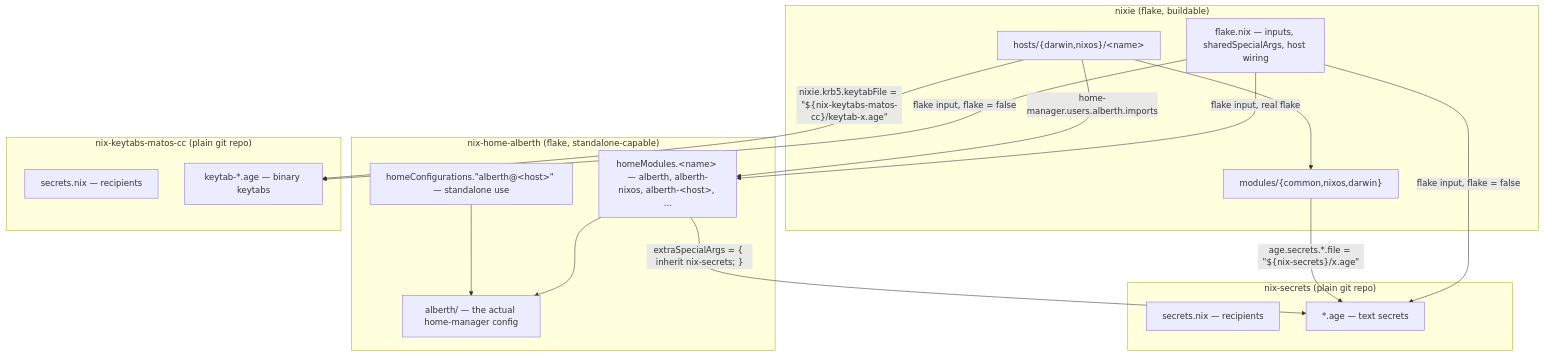
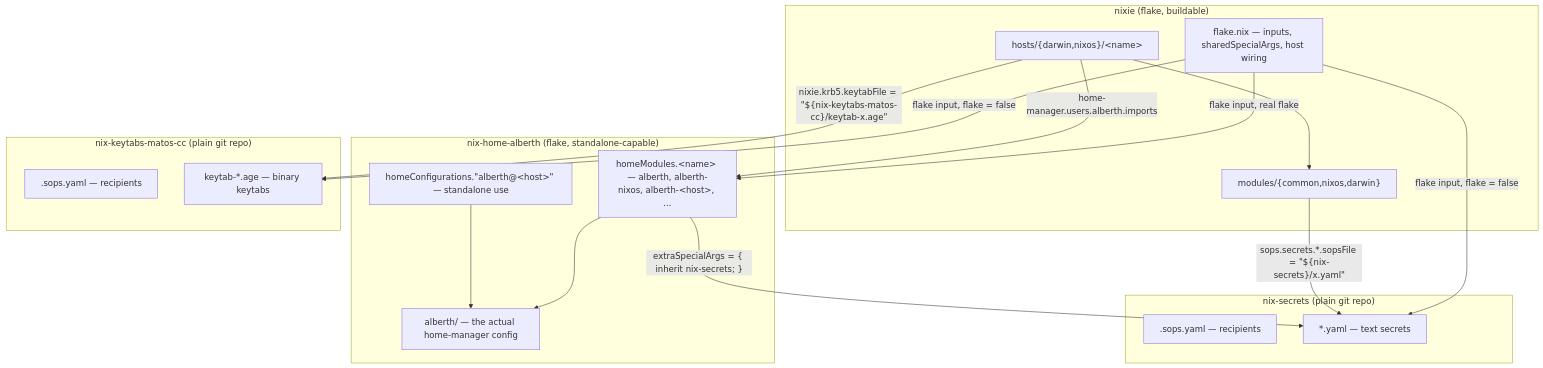
The first of 2 diagrams in ARCHITECTURE.md (amatos/nixie), drawn with Mermaid before and after one commit. The commit also changed other lines of this file, not shown here.

First line of the commit message:
docs(sops-nix): rewrite ARCHITECTURE.md's secrets architecture section

````diff
--- a/ARCHITECTURE.md
+++ b/ARCHITECTURE.md
@@ -30,35 +30,35 @@
 ```mermaid
 flowchart TB
     subgraph nixie["nixie (flake, buildable)"]
         flakeNix["flake.nix — inputs, sharedSpecialArgs, host wiring"]
         hosts["hosts/{darwin,nixos}/&lt;name&gt;"]
         modules["modules/{common,nixos,darwin}"]
     end
 
     subgraph nixieHomes["nix-home-alberth (flake, standalone-capable)"]
         homeModules["homeModules.&lt;name&gt; — alberth, alberth-nixos, alberth-&lt;host&gt;, ..."]
         homeConfigs["homeConfigurations.&quot;alberth@&lt;host&gt;&quot; — standalone use"]
         alberth["alberth/ — the actual home-manager config"]
     end
 
     subgraph nixSecrets["nix-secrets (plain git repo)"]
-        nsSecretsNix["secrets.nix — recipients"]
-        nsAge["*.age — text secrets"]
+        nsSopsYaml[".sops.yaml — recipients"]
+        nsAge["*.yaml — text secrets"]
     end
 
     subgraph keytabs["nix-keytabs-matos-cc (plain git repo)"]
-        ktSecretsNix["secrets.nix — recipients"]
+        ktSopsYaml[".sops.yaml — recipients"]
         ktAge["keytab-*.age — binary keytabs"]
     end
 
     flakeNix -- "flake input, flake = false" --> nsAge
     flakeNix -- "flake input, flake = false" --> ktAge
     flakeNix -- "flake input, real flake" --> homeModules
-    modules -- "age.secrets.*.file = &quot;${nix-secrets}/x.age&quot;" --> nsAge
+    modules -- "sops.secrets.*.sopsFile = &quot;${nix-secrets}/x.yaml&quot;" --> nsAge
     hosts -- "nixie.krb5.keytabFile = &quot;${nix-keytabs-matos-cc}/keytab-x.age&quot;" --> ktAge
     hosts -- "home-manager.users.alberth.imports" --> homeModules
     homeModules --> alberth
     homeConfigs --> alberth
     homeModules -- "extraSpecialArgs = { inherit nix-secrets; }" --> nsAge
     hosts --> modules
 ```
````
